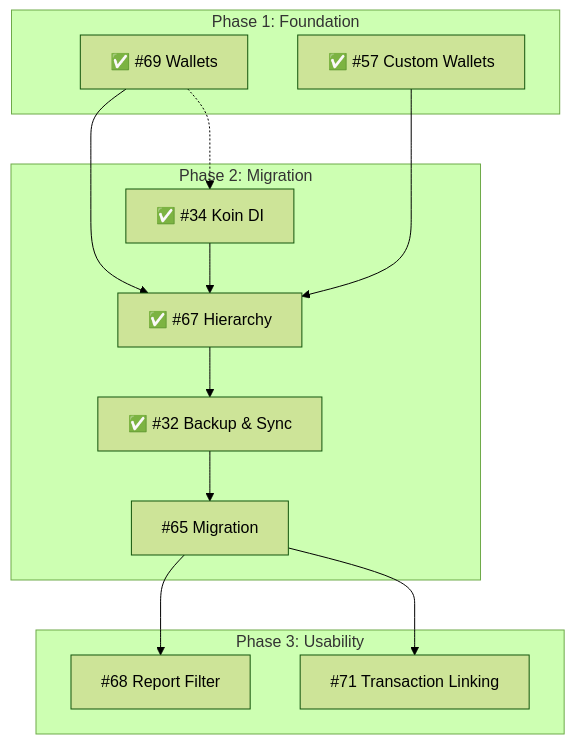
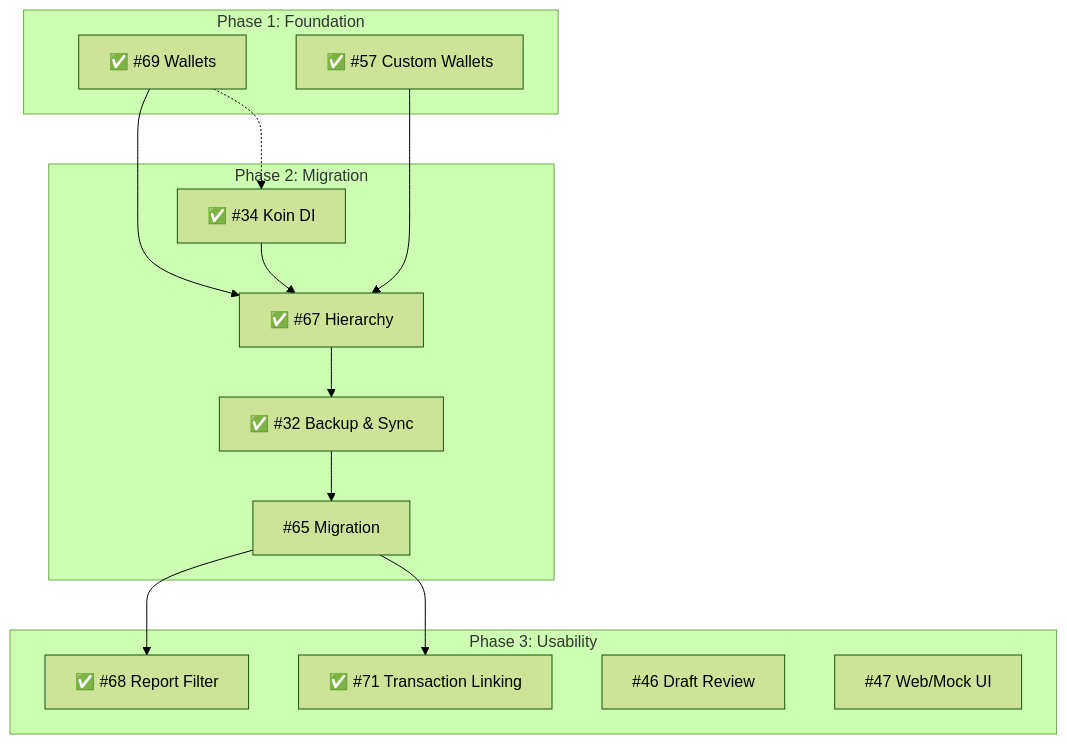
One commit to oatrice/JarWise-Root changed the diagram in docs/ROADMAP.md. Above: the diagram before and after it, drawn with Mermaid (forest theme). The commit also changed other lines of this file and 3 other files, not shown here.

First line of the commit message:
docs(roadmap): mark #68 complete and add Phase 4 draft review

````diff
--- a/docs/ROADMAP.md
+++ b/docs/ROADMAP.md
@@ -43,28 +53,30 @@
 ```mermaid
 graph TD
     subgraph Phase 1: Foundation
         I69[✅ #69 Wallets]
         I57[✅ #57 Custom Wallets]
     end
 
     subgraph Phase 2: Migration
         KOIN[✅ #34 Koin DI]
         I32[✅ #32 Backup & Sync]
         I67[✅ #67 Hierarchy]
         I65[#65 Migration]
     end
 
     subgraph Phase 3: Usability
-        I68[#68 Report Filter]
-        I71[#71 Transaction Linking]
+        I68[✅ #68 Report Filter]
+        I71[✅ #71 Transaction Linking]
+        I46[#46 Draft Review]
+        I47[#47 Web/Mock UI]
     end
 
     I69 --> I67
     I57 --> I67
     I69 -.-> KOIN
     KOIN --> I67
     I67 --> I32
     I32 --> I65
     I65 --> I68
     I65 --> I71
 ```
````
